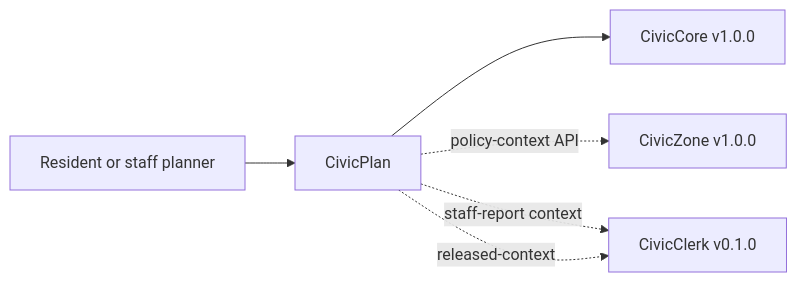
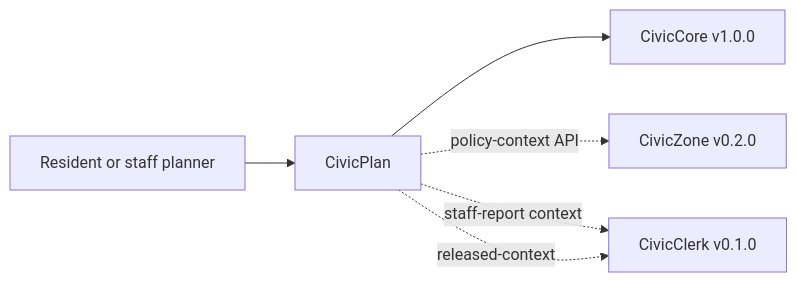
The diagram in USER-MANUAL.md (CivicSuite/civicplan), drawn with Mermaid before and after one commit. The commit also changed other lines of this file and 25 other files, not shown here.

````diff
--- a/USER-MANUAL.md
+++ b/USER-MANUAL.md
@@ -44,8 +44,8 @@
 ```mermaid
 flowchart LR
   PublicUser["Resident or staff planner"] --> CivicPlan["CivicPlan"]
   CivicPlan --> CivicCore["CivicCore v1.0.0"]
-CivicPlan -. policy-context API .-> CivicZone["CivicZone v1.0.0"]
+CivicPlan -. policy-context API .-> CivicZone["CivicZone v0.2.0"]
 CivicPlan -. staff-report context .-> CivicClerk["CivicClerk v1.0.0"]
   CivicPlan -. released-context .-> CivicClerk["CivicClerk v0.1.0"]
 ```
````
